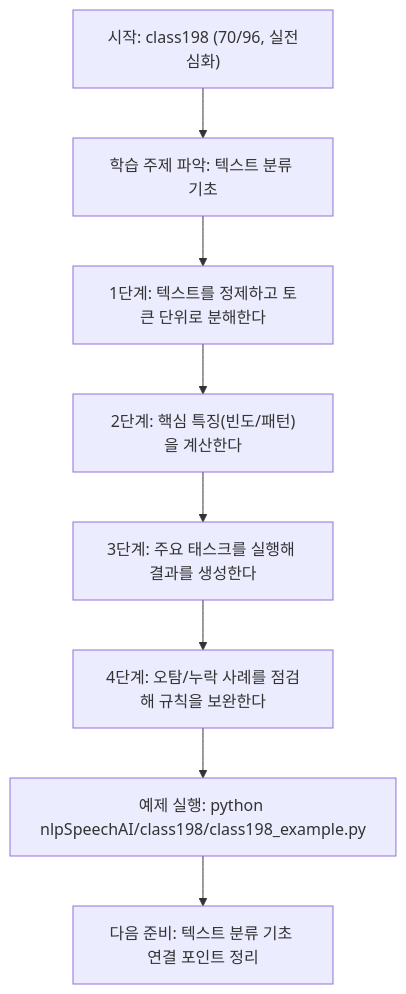
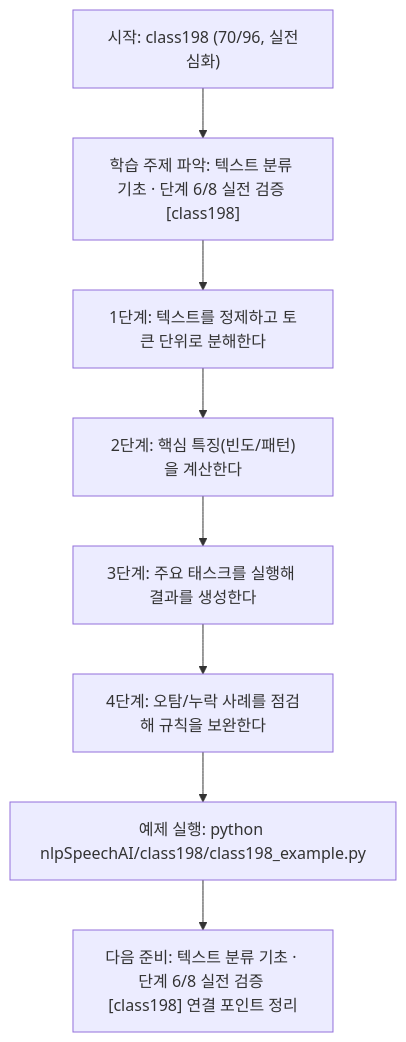
The diagram in nlpSpeechAI/class198/class198.md (edumgt/Python-AI_Agent-Class), drawn with Mermaid before and after one commit. The commit also changed other lines of this file and 522 other files, not shown here.

````diff
--- a/nlpSpeechAI/class198/class198.md
+++ b/nlpSpeechAI/class198/class198.md
@@ -113,18 +114,18 @@
 ```mermaid
 flowchart TD
 N1["시작: class198 (70/96, 실전심화)"]
-N2["학습 주제 파악: 텍스트 분류 기초"]
+N2["학습 주제 파악: 텍스트 분류 기초 · 단계 6/8 실전 검증 [class198]"]
 N3["1단계: 텍스트를 정제하고 토큰 단위로 분해한다"]
 N4["2단계: 핵심 특징(빈도/패턴)을 계산한다"]
 N5["3단계: 주요 태스크를 실행해 결과를 생성한다"]
 N6["4단계: 오탐/누락 사례를 점검해 규칙을 보완한다"]
 N7["예제 실행: python nlpSpeechAI/class198/class198_example.py"]
-N8["다음 준비: 텍스트 분류 기초 연결 포인트 정리"]
+N8["다음 준비: 텍스트 분류 기초 · 단계 6/8 실전 검증 [class198] 연결 포인트 정리"]
 N1 --> N2
 N2 --> N3
 N3 --> N4
 N4 --> N5
 N5 --> N6
 N6 --> N7
 N7 --> N8
 ```
````
